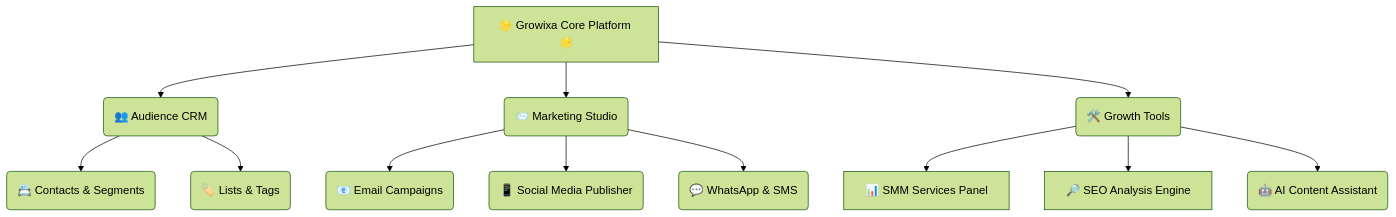
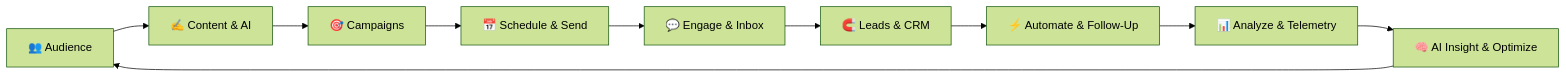
One commit to Itssushmasharma/growixa_project changed the first of 2 diagrams in README.md. Above: the diagram before and after it, drawn with Mermaid (forest theme). The commit also changed other lines of this file, not shown here.

Commit message:
docs(readme): upgrade root README with 15-module catalog, architecture, local dev, and v0.8.0 release status

````diff
--- a/README.md
+++ b/README.md
@@ -13,17 +19,12 @@
 ```mermaid
-graph TD
-    A[🌟 Growixa Core Platform 🌟] --> B(👥 Audience CRM)
-    A --> C(📨 Marketing Studio)
-    A --> D(🛠️ Growth Tools)
-    
-    B --> B1(📇 Contacts & Segments)
-    B --> B2(🏷️ Lists & Tags)
-    
-    C --> C1(📧 Email Campaigns)
-    C --> C2(📱 Social Media Publisher)
-    C --> C3(💬 WhatsApp & SMS)
-    
-    D --> D1[📊 SMM Services Panel]
-    D --> D2[🔎 SEO Analysis Engine]
-    D --> D3(🤖 AI Content Assistant)
+flowchart LR
+    A[👥 Audience] --> B[✍️ Content & AI]
+    B --> C[🎯 Campaigns]
+    C --> D[📅 Schedule & Send]
+    D --> E[💬 Engage & Inbox]
+    E --> F[🧲 Leads & CRM]
+    F --> G[⚡ Automate & Follow-Up]
+    G --> H[📊 Analyze & Telemetry]
+    H --> I[🧠 AI Insight & Optimize]
+    I --> A
 ```
````
